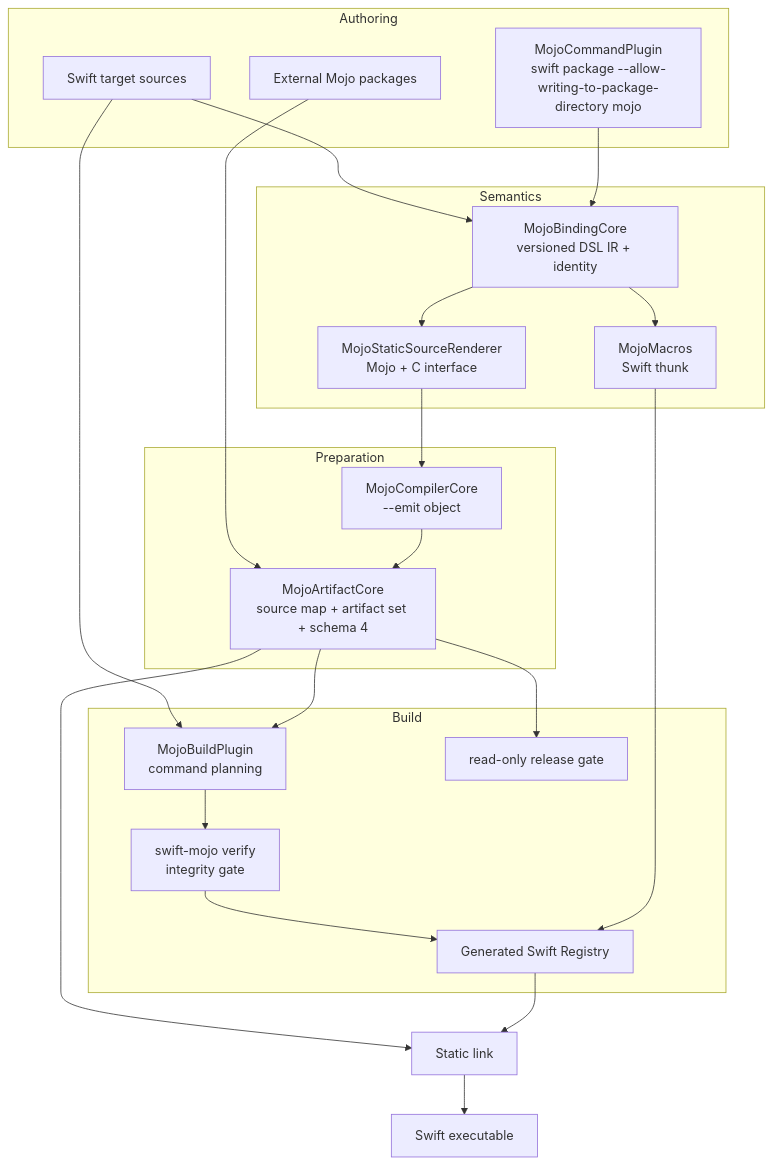
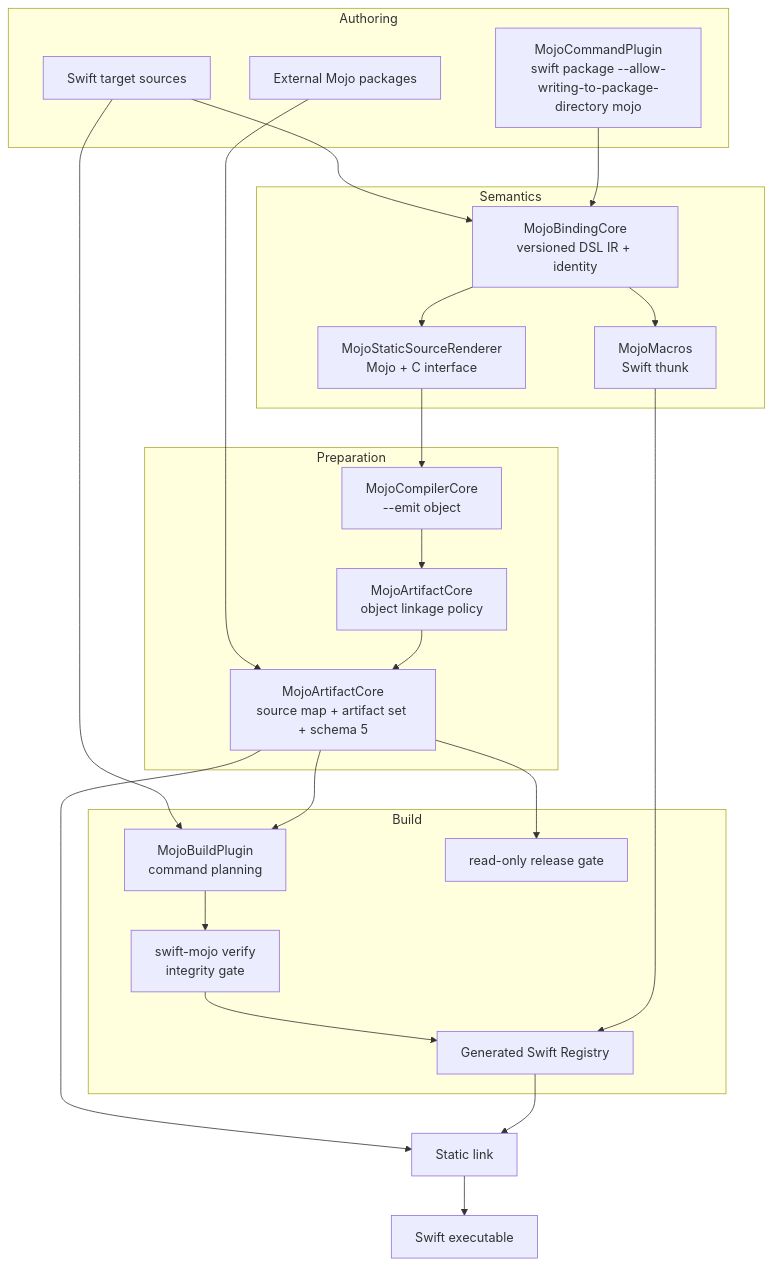
One commit to 1amageek/swift-mojo changed the first of 3 diagrams in docs/DESIGN.md. Above: the diagram before and after it, drawn with Mermaid. The commit also changed other lines of this file and 96 other files, not shown here.

````diff
--- a/docs/DESIGN.md
+++ b/docs/DESIGN.md
@@ -36,38 +42,39 @@
 ```mermaid
 flowchart TB
     subgraph Authoring
         Swift["Swift target sources"]
         CLI["MojoCommandPlugin<br/>swift package --allow-writing-to-package-directory mojo"]
         External["External Mojo packages"]
     end
 
     subgraph Semantics
         IR["MojoBindingCore<br/>versioned DSL IR + identity"]
         Macro["MojoMacros<br/>Swift thunk"]
         Renderer["MojoStaticSourceRenderer<br/>Mojo + C interface"]
     end
 
     subgraph Preparation
         Compiler["MojoCompilerCore<br/>--emit object"]
-        Packager["MojoArtifactCore<br/>source map + artifact set + schema 4"]
+        Inspector["MojoArtifactCore<br/>object linkage policy"]
+        Packager["MojoArtifactCore<br/>source map + artifact set + schema 5"]
     end
 
     subgraph Build
         Plugin["MojoBuildPlugin<br/>command planning"]
         Verifier["swift-mojo verify<br/>integrity gate"]
         Registry["Generated Swift Registry"]
         Release["read-only release gate"]
     end
 
     Swift --> IR
     IR --> Macro
     CLI --> IR
     External --> Packager
-    IR --> Renderer --> Compiler --> Packager
+    IR --> Renderer --> Compiler --> Inspector --> Packager
     Swift --> Plugin
     Packager --> Plugin --> Verifier --> Registry
     Packager --> Release
     Macro --> Registry
     Packager --> Link["Static link"]
     Registry --> Link --> Executable["Swift executable"]
 ```
````
